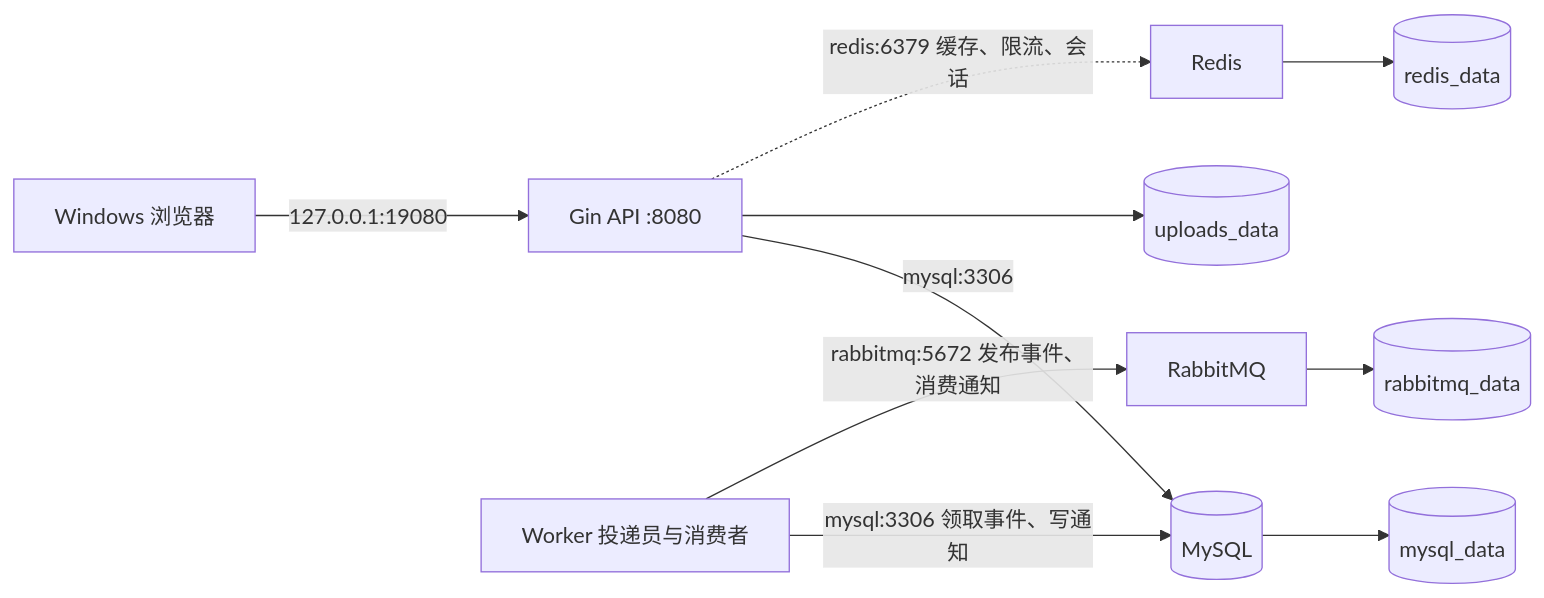
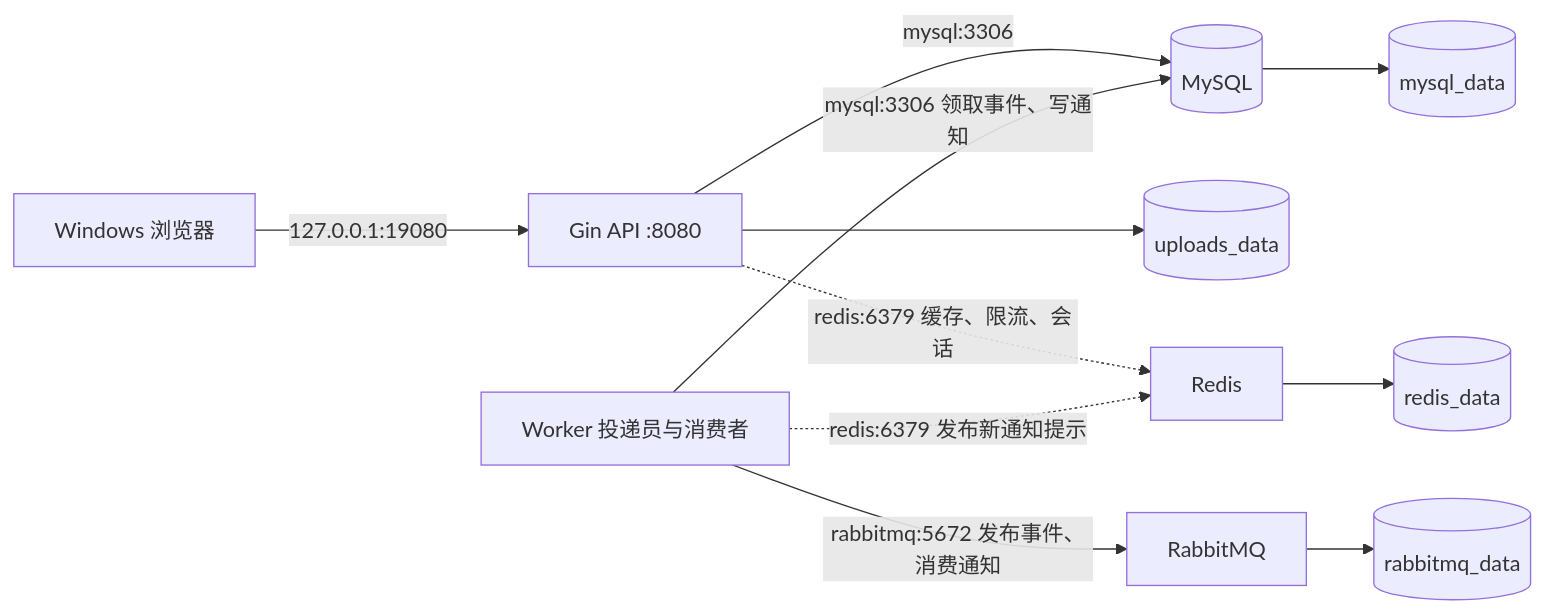
The diagram in docs/learning/12_compose_environment.md (P3anut3/GoStream), drawn with Mermaid before and after one commit. The commit also changed other lines of this file and 47 other files, not shown here.

````diff
--- a/docs/learning/12_compose_environment.md
+++ b/docs/learning/12_compose_environment.md
@@ -19,10 +21,11 @@
 ```mermaid
 flowchart LR
     B[Windows 浏览器] -->|127.0.0.1:19080| API[Gin API :8080]
     API -->|mysql:3306| DB[(MySQL)]
     API --> FILES[(uploads_data)]
     DB --> DATA[(mysql_data)]
     API -.->|redis:6379 缓存、限流、会话| R[Redis] --> RD[(redis_data)]
     W[Worker 投递员与消费者] -->|mysql:3306 领取事件、写通知| DB
     W -->|rabbitmq:5672 发布事件、消费通知| MQ[RabbitMQ] --> MD[(rabbitmq_data)]
+    W -.->|redis:6379 发布新通知提示| R
 ```
````
